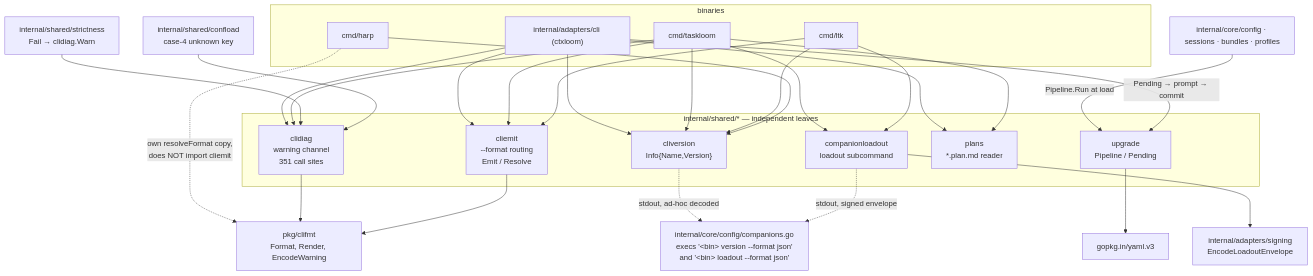
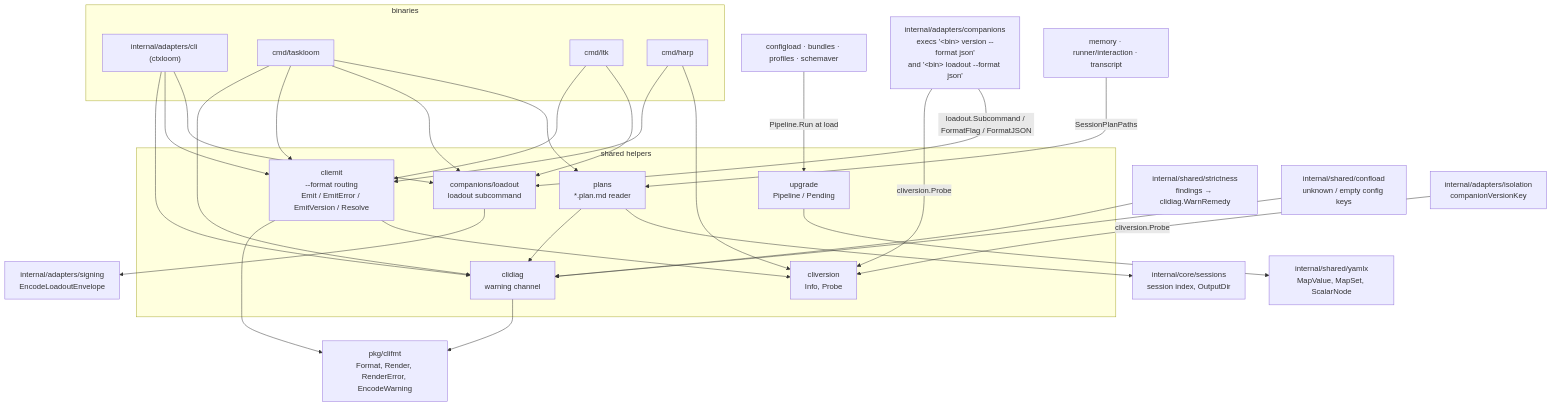
One commit to ctxloom/ctxloom changed the diagram in docs/architecture/shared/cli-support.md. Above: the diagram before and after it, drawn with Mermaid. The commit also changed other lines of this file, not shown here.

Commit message:
docs(cli-support): rewrite the intro and diagram against the current import graph
The page called these six independent leaves under internal/shared and drew
edges that no longer exist: loadout lives in internal/adapters/companions,
cliemit imports cliversion, plans warns through clidiag and reads the session
index, and the version/loadout probe is internal/adapters/companions. The
clidiag fan-in census and the per-prog call-site census are deleted rather
than recounted.

````diff
--- a/docs/architecture/shared/cli-support.md
+++ b/docs/architecture/shared/cli-support.md
@@ -7,42 +7,47 @@
 ```mermaid
 flowchart TD
   subgraph binaries["binaries"]
     CLI["internal/adapters/cli (ctxloom)"]
     TL["cmd/taskloom"]
     LTK["cmd/ltk"]
     HARP["cmd/harp"]
   end
 
-  subgraph helpers["internal/shared/* — independent leaves"]
-    CD["clidiag<br/>warning channel<br/>351 call sites"]
-    CE["cliemit<br/>--format routing<br/>Emit / Resolve"]
-    CV["cliversion<br/>Info{Name,Version}"]
-    CL["companionloadout<br/>loadout subcommand"]
+  subgraph helpers["shared helpers"]
+    CD["clidiag<br/>warning channel"]
+    CE["cliemit<br/>--format routing<br/>Emit / EmitError / EmitVersion / Resolve"]
+    CV["cliversion<br/>Info, Probe"]
+    CL["companions/loadout<br/>loadout subcommand"]
     PL["plans<br/>*.plan.md reader"]
     UP["upgrade<br/>Pipeline / Pending"]
   end
 
-  CFMT["pkg/clifmt<br/>Format, Render, EncodeWarning"]
+  CFMT["pkg/clifmt<br/>Format, Render, RenderError, EncodeWarning"]
   SIGN["internal/adapters/signing<br/>EncodeLoadoutEnvelope"]
-  YAML["gopkg.in/yaml.v3"]
+  YAMLX["internal/shared/yamlx<br/>MapValue, MapSet, ScalarNode"]
+  SESS["internal/core/sessions<br/>session index, OutputDir"]
 
-  CLI --> CD & CE & CV & PL
-  TL --> CD & CE & CV & CL & PL
-  LTK --> CE & CV & CL
+  CLI & TL --> CD
+  CLI & TL & LTK & HARP --> CE
   HARP --> CV
-  HARP -.->|"own resolveFormat copy,<br/>does NOT import cliemit"| CFMT
+  CLI & TL & LTK --> CL
+  TL --> PL
 
   CD --> CFMT
   CE --> CFMT
+  CE --> CV
   CL --> SIGN
-  UP --> YAML
+  PL --> CD
+  PL --> SESS
+  UP --> YAMLX
 
-  STR["internal/shared/strictness<br/>Fail → clidiag.Warn"] --> CD
-  CONF["internal/shared/confload<br/>case-4 unknown key"] --> CD
+  STR["internal/shared/strictness<br/>findings → clidiag.WarnRemedy"] --> CD
+  CONF["internal/shared/confload<br/>unknown / empty config keys"] --> CD
 
-  CFG["internal/core/config · sessions · bundles · profiles"] -->|"Pipeline.Run at load"| UP
-  CLI -->|"Pending → prompt → commit"| UP
-  PROBE["internal/core/config/companions.go<br/>execs '&lt;bin&gt; version --format json'<br/>and '&lt;bin&gt; loadout --format json'"]
-  CV -.->|"stdout, ad-hoc decoded"| PROBE
-  CL -.->|"stdout, signed envelope"| PROBE
+  LOAD["configload · bundles · profiles · schemaver"] -->|"Pipeline.Run at load"| UP
+  PROBE["internal/adapters/companions<br/>execs '&lt;bin&gt; version --format json'<br/>and '&lt;bin&gt; loadout --format json'"]
+  PROBE -->|"cliversion.Probe"| CV
+  PROBE -->|"loadout.Subcommand / FormatFlag / FormatJSON"| CL
+  ISO["internal/adapters/isolation<br/>companionVersionKey"] -->|"cliversion.Probe"| CV
+  READERS["memory · runner/interaction · transcript"] -->|"SessionPlanPaths"| PL
 ```
````
